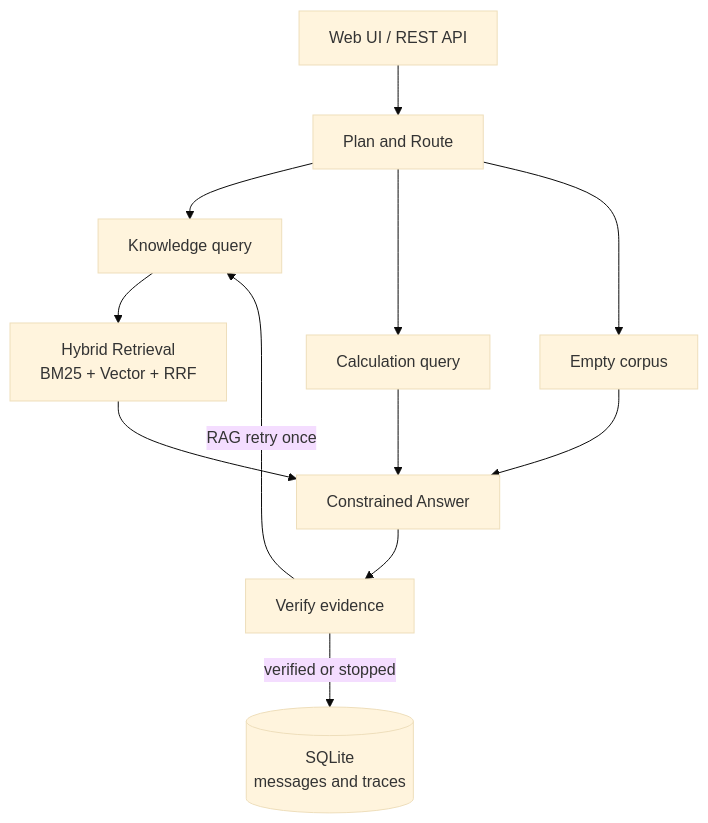
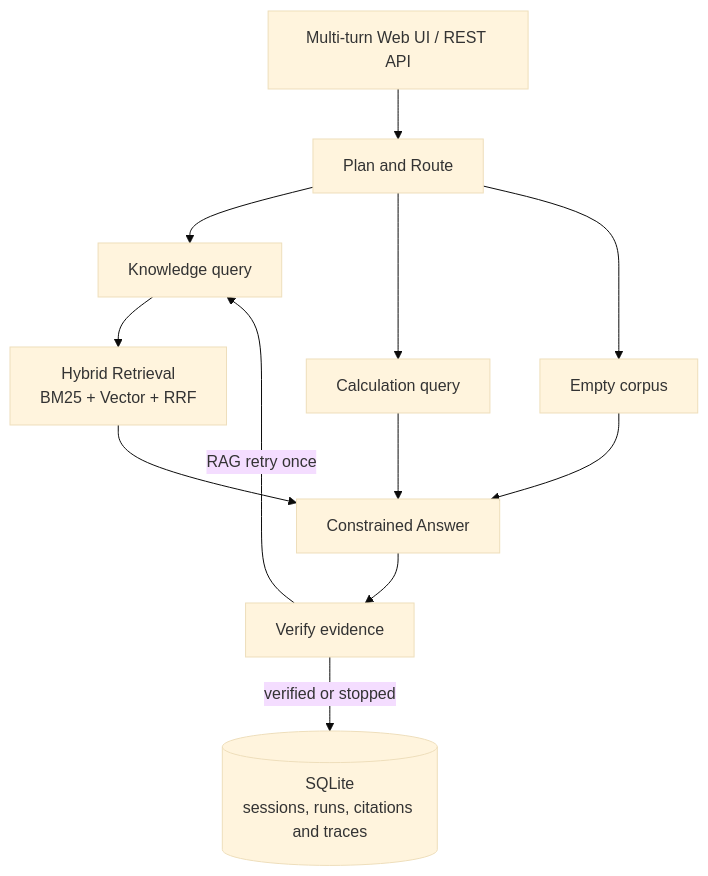
The diagram in README.md (francis3253161180-maker/researchflow-agent), drawn with Mermaid (base theme) before and after one commit. The commit also changed other lines of this file and 18 other files, not shown here.

Commit message:
feat: add persistent multi-turn chat sessions

````diff
--- a/README.md
+++ b/README.md
@@ -26,14 +26,14 @@
 ```mermaid
 flowchart TD
-    UI[Web UI / REST API] --> PLAN[Plan and Route]
+    UI[Multi-turn Web UI / REST API] --> PLAN[Plan and Route]
     PLAN --> RAG[Knowledge query]
     PLAN --> TOOL[Calculation query]
     PLAN --> DIRECT[Empty corpus]
     RAG --> RETRIEVE[Hybrid Retrieval<br/>BM25 + Vector + RRF]
     RETRIEVE --> ANSWER[Constrained Answer]
     TOOL --> ANSWER
     DIRECT --> ANSWER
     ANSWER --> VERIFY[Verify evidence]
-    VERIFY -->|verified or stopped| PERSIST[(SQLite<br/>messages and traces)]
+    VERIFY -->|verified or stopped| PERSIST[(SQLite<br/>sessions, runs, citations and traces)]
     VERIFY -->|RAG retry once| RAG
 ```
````
